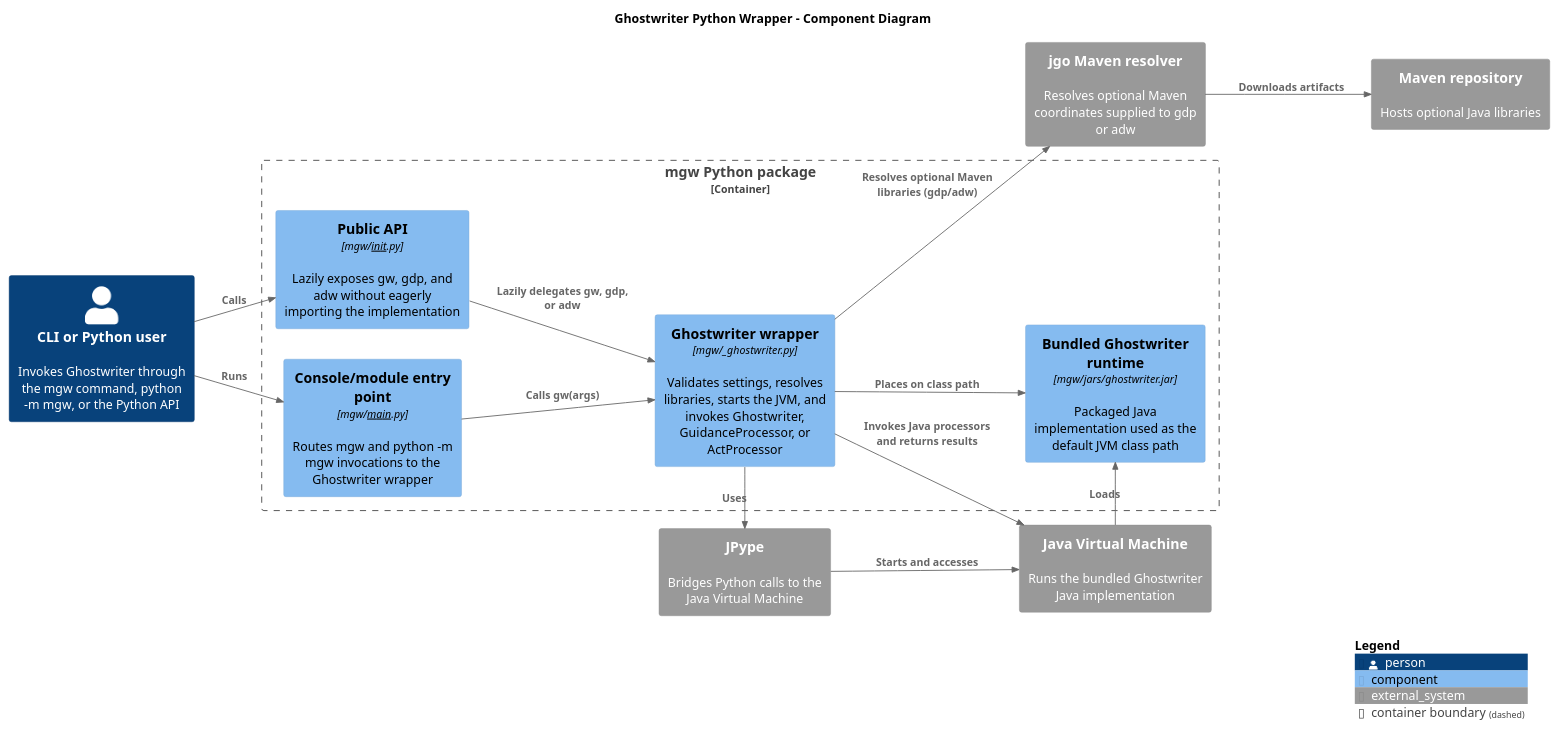
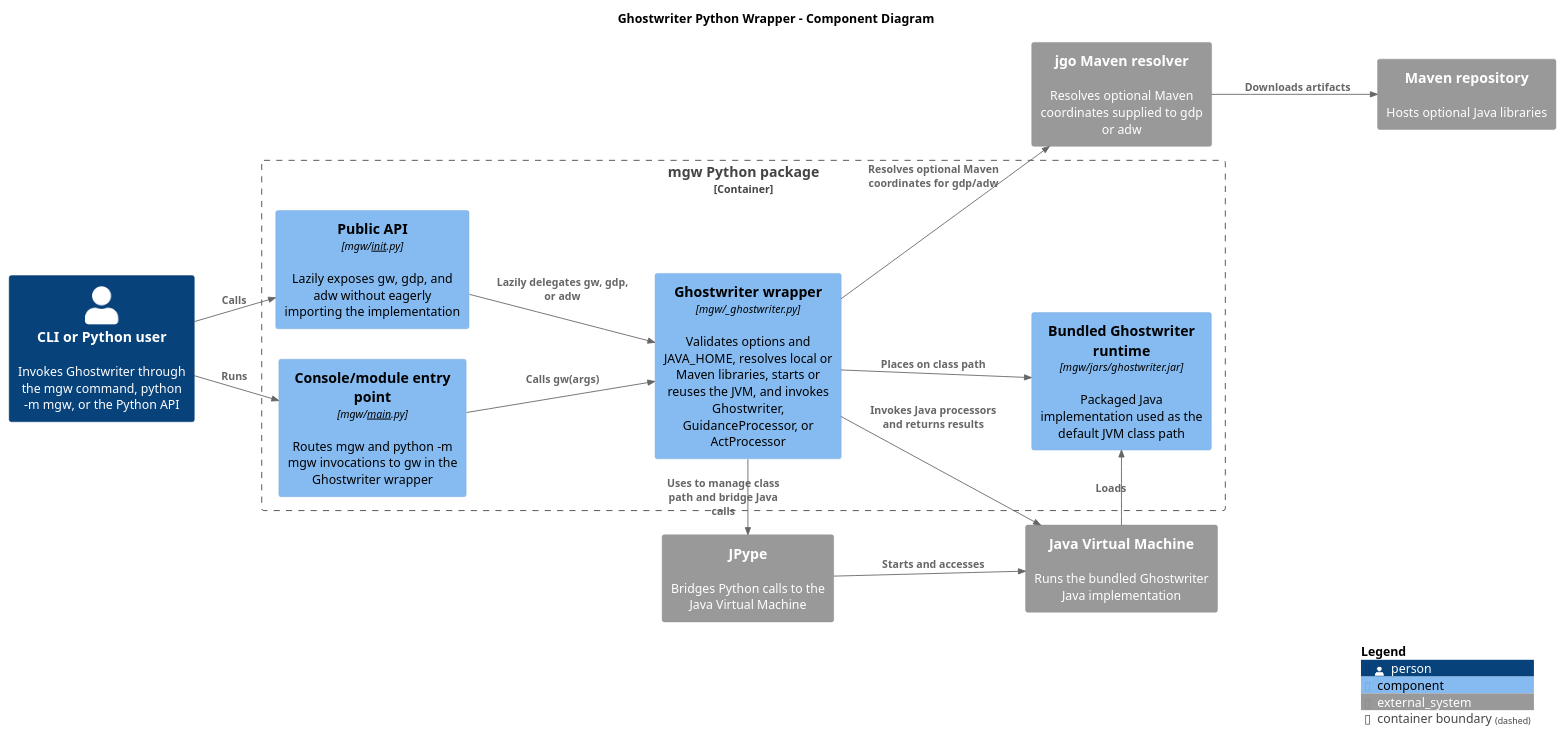
The diagram in src/site/puml/c4-diagram.puml (machanism-org/ghostwriter-py), drawn with PlantUML before and after one commit. The commit also changed 1 other file, not shown here.

Commit message:
docs: clarify Python wrapper runtime and component roles
The README now documents Python 3.10 as the effective minimum, JAVA_HOME requirements, lazy JVM startup, and how gw, gdp, adw, and jgo behave.\nThe C4 diagram now distinguishes the public API, CLI entry point, wrapper, packaged runtime, and optional Maven resolver, with their relationships and responsibilities.

```diff
--- a/src/site/puml/c4-diagram.puml
+++ b/src/site/puml/c4-diagram.puml
@@ -11,33 +11,33 @@
 @startuml c4-ghostwriter-python
 !include https://raw.githubusercontent.com/plantuml-stdlib/C4-PlantUML/master/C4_Component.puml
 
 LAYOUT_LEFT_RIGHT()
 title Ghostwriter Python Wrapper - Component Diagram
 
 Person(cliUser, "CLI or Python user", "Invokes Ghostwriter through the mgw command, python -m mgw, or the Python API")
 System_Ext(jpype, "JPype", "Bridges Python calls to the Java Virtual Machine")
 System_Ext(javaRuntime, "Java Virtual Machine", "Runs the bundled Ghostwriter Java implementation")
 System_Ext(mavenResolver, "jgo Maven resolver", "Resolves optional Maven coordinates supplied to gdp or adw")
 System_Ext(mavenRepository, "Maven repository", "Hosts optional Java libraries")
 
 Container_Boundary(mgwPackage, "mgw Python package") {
     Component(publicApi, "Public API", "mgw/__init__.py", "Lazily exposes gw, gdp, and adw without eagerly importing the implementation")
-    Component(entryPoint, "Console/module entry point", "mgw/__main__.py", "Routes mgw and python -m mgw invocations to the Ghostwriter wrapper")
-    Component(wrapper, "Ghostwriter wrapper", "mgw/_ghostwriter.py", "Validates settings, resolves libraries, starts the JVM, and invokes Ghostwriter, GuidanceProcessor, or ActProcessor")
+    Component(entryPoint, "Console/module entry point", "mgw/__main__.py", "Routes mgw and python -m mgw invocations to gw in the Ghostwriter wrapper")
+    Component(wrapper, "Ghostwriter wrapper", "mgw/_ghostwriter.py", "Validates options and JAVA_HOME, resolves local or Maven libraries, starts or reuses the JVM, and invokes Ghostwriter, GuidanceProcessor, or ActProcessor")
     Component(runtimeJar, "Bundled Ghostwriter runtime", "mgw/jars/ghostwriter.jar", "Packaged Java implementation used as the default JVM class path")
 }
 
 Rel(cliUser, entryPoint, "Runs")
 Rel(cliUser, publicApi, "Calls")
 Rel(entryPoint, wrapper, "Calls gw(args)")
 Rel(publicApi, wrapper, "Lazily delegates gw, gdp, or adw")
-Rel(wrapper, jpype, "Uses")
+Rel(wrapper, jpype, "Uses to manage class path and bridge Java calls")
 Rel(jpype, javaRuntime, "Starts and accesses")
 Rel(wrapper, runtimeJar, "Places on class path")
-Rel(wrapper, mavenResolver, "Resolves optional Maven libraries (gdp/adw)")
+Rel(wrapper, mavenResolver, "Resolves optional Maven coordinates for gdp/adw")
 Rel(mavenResolver, mavenRepository, "Downloads artifacts")
 Rel(javaRuntime, runtimeJar, "Loads")
 Rel(wrapper, javaRuntime, "Invokes Java processors and returns results")
 
 SHOW_LEGEND()
 @enduml
```
